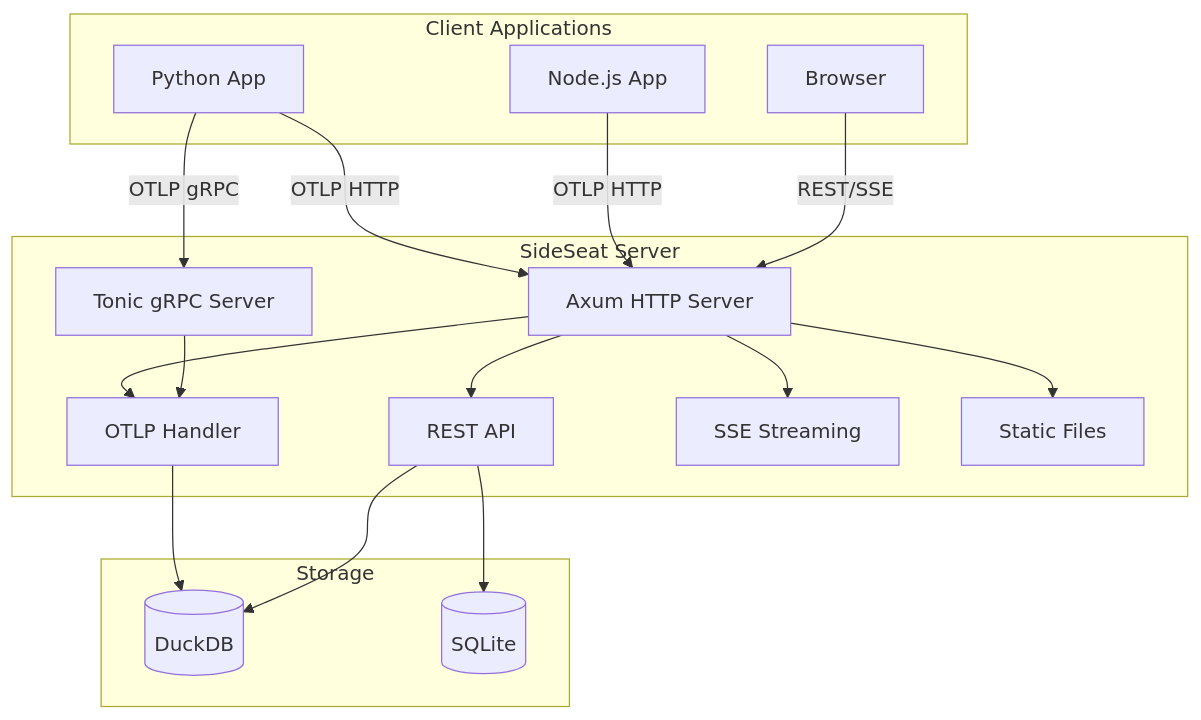
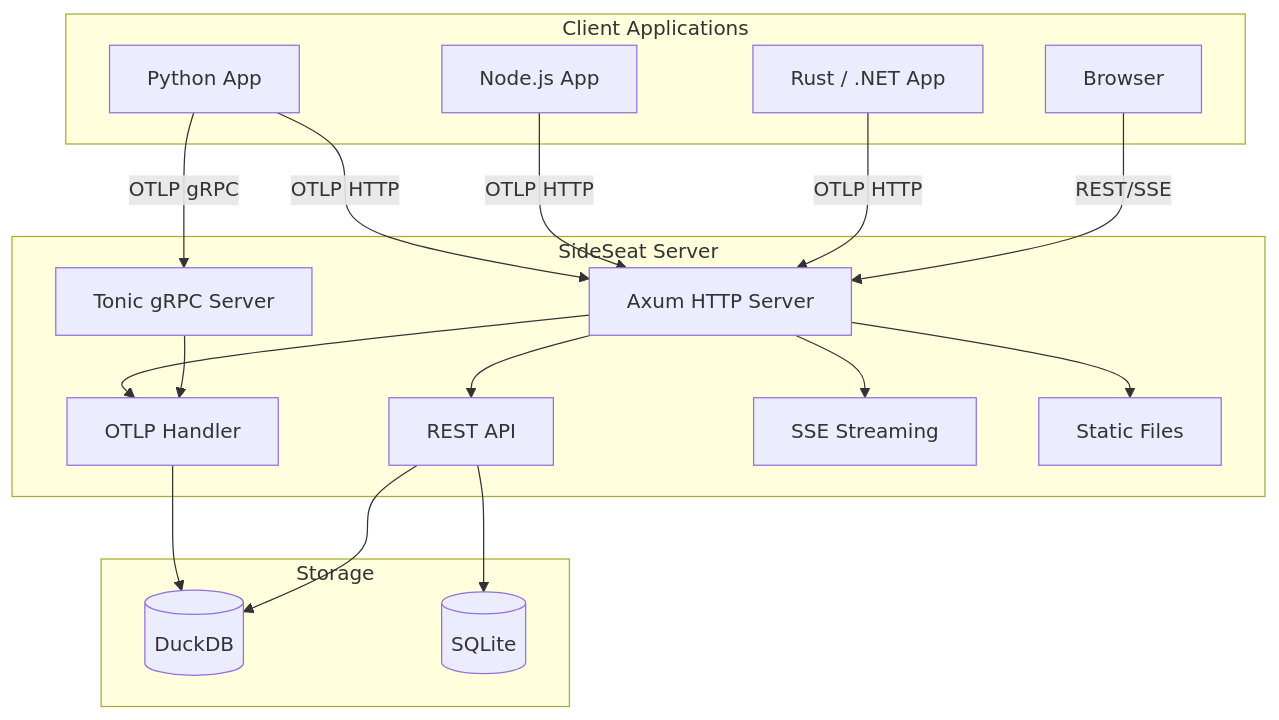
Before and after one commit to sideseat/sideseat: the first of 3 diagrams in docs/src/content/docs/docs/architecture.mdx, drawn with Mermaid. The commit also changed other lines of this file and 10 other files, not shown here.

````diff
--- a/docs/src/content/docs/docs/architecture.mdx
+++ b/docs/src/content/docs/docs/architecture.mdx
@@ -19,38 +19,40 @@
 ```mermaid
 graph TB
     subgraph "Client Applications"
         A[Python App]
         B[Node.js App]
-        C[Browser]
+        C[Rust / .NET App]
+        W[Browser]
     end
 
     subgraph "SideSeat Server"
         D[Axum HTTP Server]
         E[Tonic gRPC Server]
         F[OTLP Handler]
         G[REST API]
         H[SSE Streaming]
         I[Static Files]
     end
 
     subgraph "Storage"
         J[(DuckDB)]
         K[(SQLite)]
     end
 
     A -->|OTLP HTTP| D
     B -->|OTLP HTTP| D
+    C -->|OTLP HTTP| D
     A -->|OTLP gRPC| E
-    C -->|REST/SSE| D
+    W -->|REST/SSE| D
 
     D --> F
     D --> G
     D --> H
     D --> I
 
     E --> F
 
     F --> J
     G --> J
     G --> K
 ```
````
